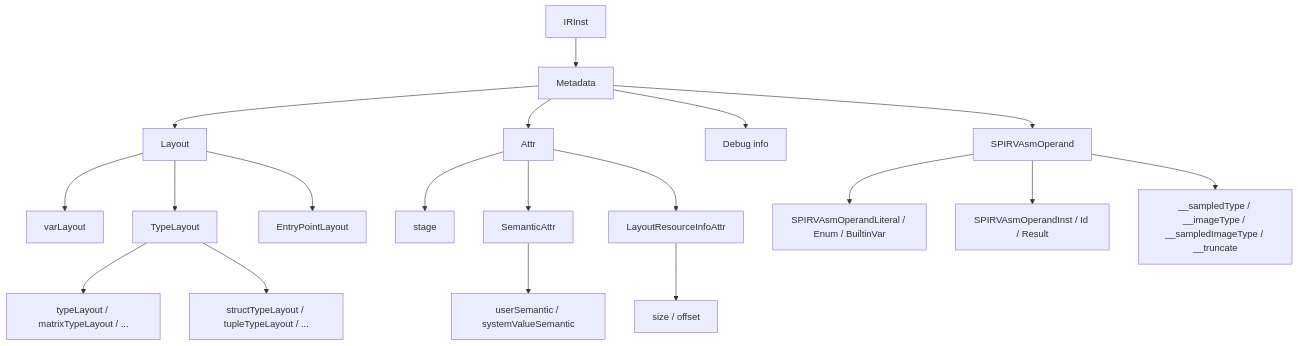
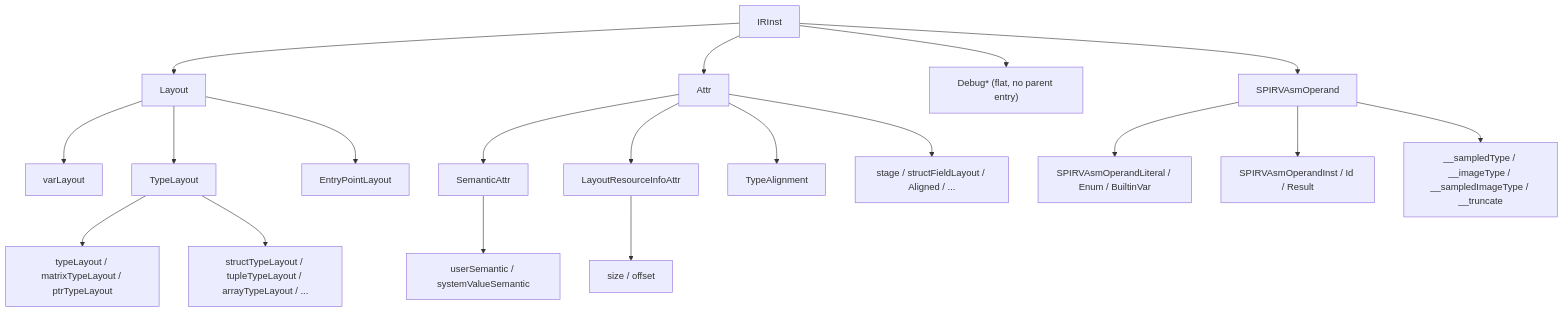
The diagram in docs/generated/design/ir-reference/metadata.md (shader-slang/slang), drawn with Mermaid before and after one commit. The commit also changed other lines of this file and 176 other files, not shown here.

````diff
--- a/docs/generated/design/ir-reference/metadata.md
+++ b/docs/generated/design/ir-reference/metadata.md
@@ -45,21 +94,21 @@
 ```mermaid
 flowchart TD
-  IRInst --> Metadata
-  Metadata --> LayoutFamily[Layout]
-  Metadata --> AttrFamily[Attr]
-  Metadata --> DebugFamily[Debug info]
-  Metadata --> SpirvAsmFamily[SPIRVAsmOperand]
+  IRInst --> LayoutFamily[Layout]
+  IRInst --> AttrFamily[Attr]
+  IRInst --> DebugFamily["Debug* (flat, no parent entry)"]
+  IRInst --> SpirvAsmFamily[SPIRVAsmOperand]
   LayoutFamily --> VarLayoutNode[varLayout]
   LayoutFamily --> TypeLayout
   LayoutFamily --> EntryPointLayoutNode[EntryPointLayout]
-  TypeLayout --> ScalarTypeLayouts["typeLayout / matrixTypeLayout / ..."]
-  TypeLayout --> AggregateTypeLayouts["structTypeLayout / tupleTypeLayout / ..."]
-  AttrFamily --> StageAttrNode[stage]
+  TypeLayout --> ScalarTypeLayouts["typeLayout / matrixTypeLayout / ptrTypeLayout"]
+  TypeLayout --> AggregateTypeLayouts["structTypeLayout / tupleTypeLayout / arrayTypeLayout / ..."]
   AttrFamily --> SemanticAttrFamily[SemanticAttr]
   AttrFamily --> LayoutResourceInfoAttrFamily[LayoutResourceInfoAttr]
+  AttrFamily --> TypeAlignmentNode[TypeAlignment]
+  AttrFamily --> OtherAttrs["stage / structFieldLayout / Aligned / ..."]
   SemanticAttrFamily --> userSemanticNode["userSemantic / systemValueSemantic"]
   LayoutResourceInfoAttrFamily --> sizeOffsetNode["size / offset"]
   SpirvAsmFamily --> LiteralOperands["SPIRVAsmOperandLiteral / Enum / BuiltinVar"]
   SpirvAsmFamily --> InstOperands["SPIRVAsmOperandInst / Id / Result"]
   SpirvAsmFamily --> TypeFunctions["__sampledType / __imageType / __sampledImageType / __truncate"]
 ```
````
